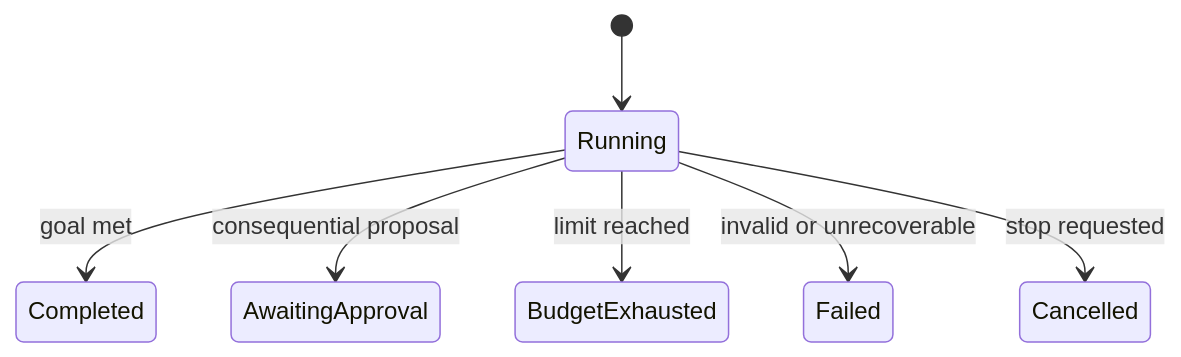
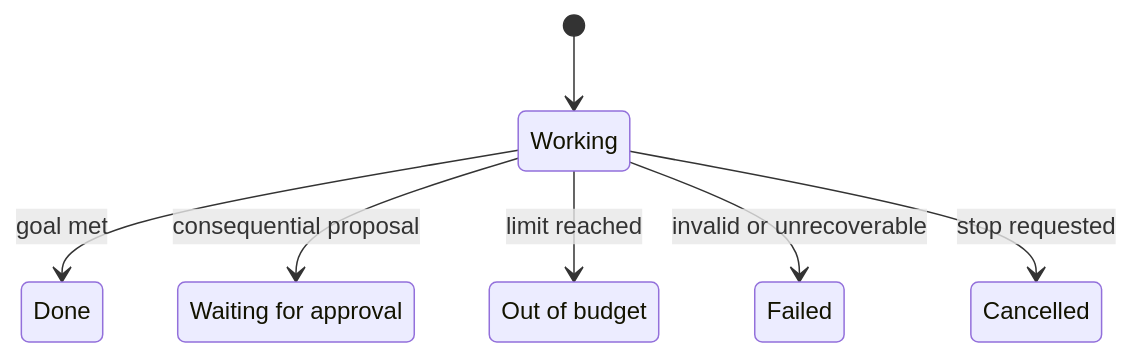
Before and after one commit to VikrantSingh01/Agentic_System_Design: the third of 3 diagrams in modules/02-smallest-useful-agent/chapters/08-agent-runtime.md, drawn with Mermaid. The commit also changed other lines of this file and 3 other files, not shown here.

Commit message:
Improve Module 2 diagram accessibility

````diff
--- a/modules/02-smallest-useful-agent/chapters/08-agent-runtime.md
+++ b/modules/02-smallest-useful-agent/chapters/08-agent-runtime.md
@@ -227,9 +228,13 @@
 ```mermaid
 stateDiagram-v2
+    state "Working" as Running
+    state "Done" as Completed
+    state "Waiting for approval" as AwaitingApproval
+    state "Out of budget" as BudgetExhausted
     [*] --> Running
     Running --> Completed: goal met
     Running --> AwaitingApproval: consequential proposal
     Running --> BudgetExhausted: limit reached
     Running --> Failed: invalid or unrecoverable
     Running --> Cancelled: stop requested
 ```
````
